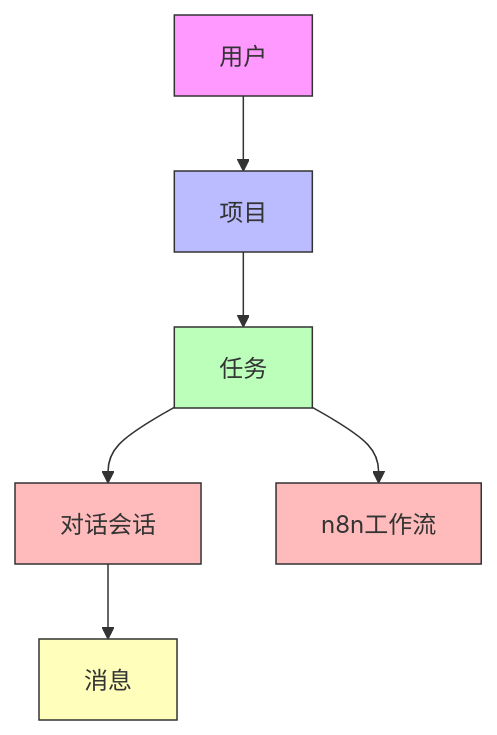
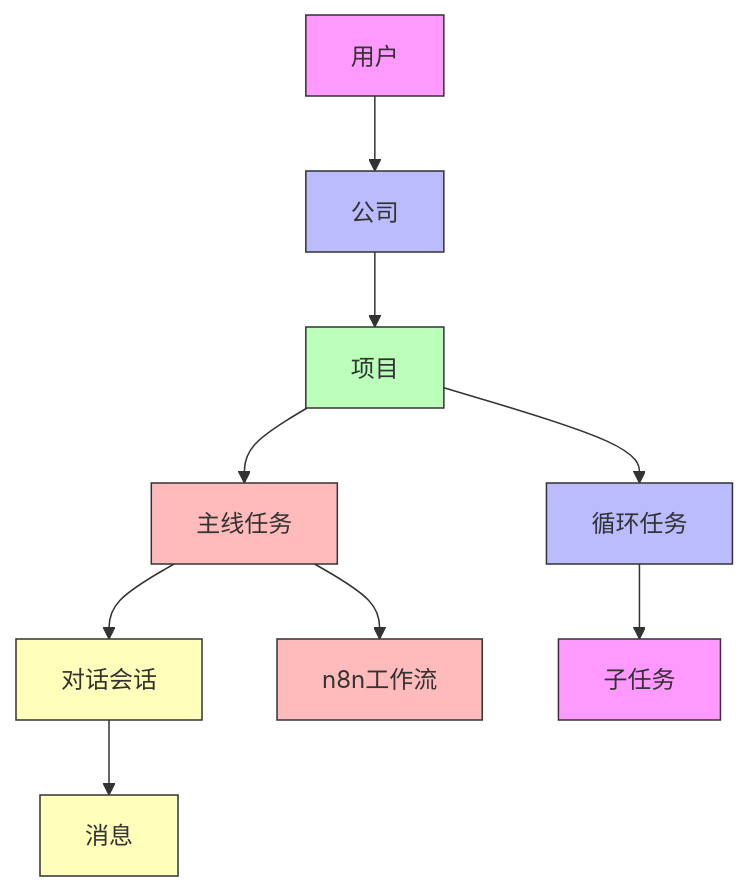
The first of 13 diagrams in docs/96-基于任务的对话管理系统优化方案.md (Cokefish9527/open-webui), drawn with Mermaid before and after one commit. The commit also changed other lines of this file, not shown here.

````diff
--- a/docs/96-基于任务的对话管理系统优化方案.md
+++ b/docs/96-基于任务的对话管理系统优化方案.md
@@ -22,15 +22,21 @@
 ```mermaid
 graph TD
-    A[用户] --> B[项目]
-    B --> C[任务]
-    C --> D[对话会话]
-    C --> E[n8n工作流]
-    D --> F[消息]
-    
+    A[用户] --> B[公司]
+    B --> C[项目]
+    C --> D[主线任务]
+    D --> E[对话会话]
+    D --> F[n8n工作流]
+    E --> G[消息]
+    C --> H[循环任务]
+    H --> I[子任务]
+
     style A fill:#f9f,stroke:#333
     style B fill:#bbf,stroke:#333
     style C fill:#bfb,stroke:#333
     style D fill:#fbb,stroke:#333
-    style E fill:#fbb,stroke:#333
-    style F fill:#ffb,stroke:#333
+    style E fill:#ffb,stroke:#333
+    style F fill:#fbb,stroke:#333
+    style G fill:#ffb,stroke:#333
+    style H fill:#bbf,stroke:#333
+    style I fill:#f9f,stroke:#333
 ```
````
